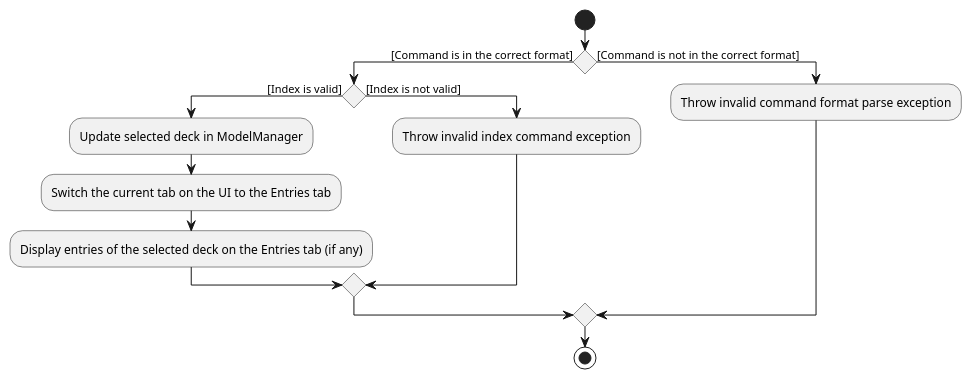
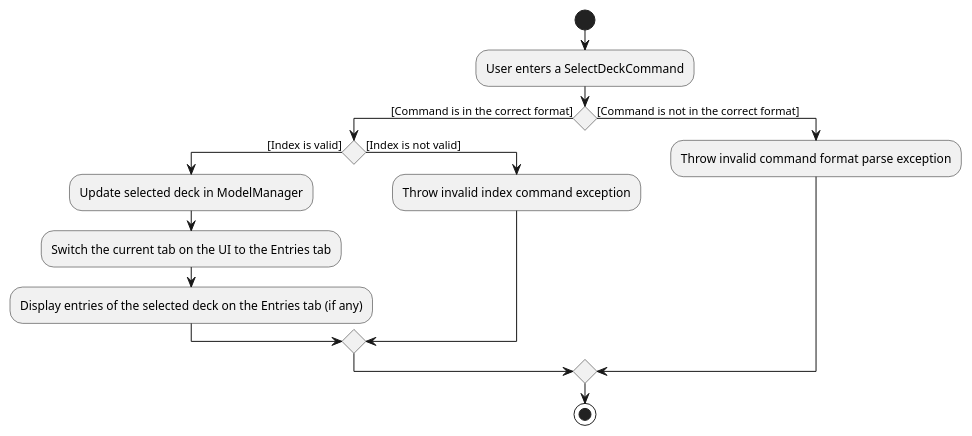
One commit to vigneshbhuvan-nus/tp changed the diagram in docs/diagrams/SelectActivityDiagram.puml. Above: the diagram before and after it, drawn with PlantUML. The commit also changed 7 other files, not shown here.

Commit message:
Edit diagrams

```diff
--- a/docs/diagrams/SelectActivityDiagram.puml
+++ b/docs/diagrams/SelectActivityDiagram.puml
@@ -1,15 +1,16 @@
 @startuml
 start
+:User enters a SelectDeckCommand;
 if() then([Command is in the correct format])
 if() then([Index is valid])
 :Update selected deck in ModelManager;
 :Switch the current tab on the UI to the Entries tab;
 :Display entries of the selected deck on the Entries tab (if any);
 else([Index is not valid])
 :Throw invalid index command exception;
 endif
 else([Command is not in the correct format])
 :Throw invalid command format parse exception;
 endif
 stop
 @enduml
```
